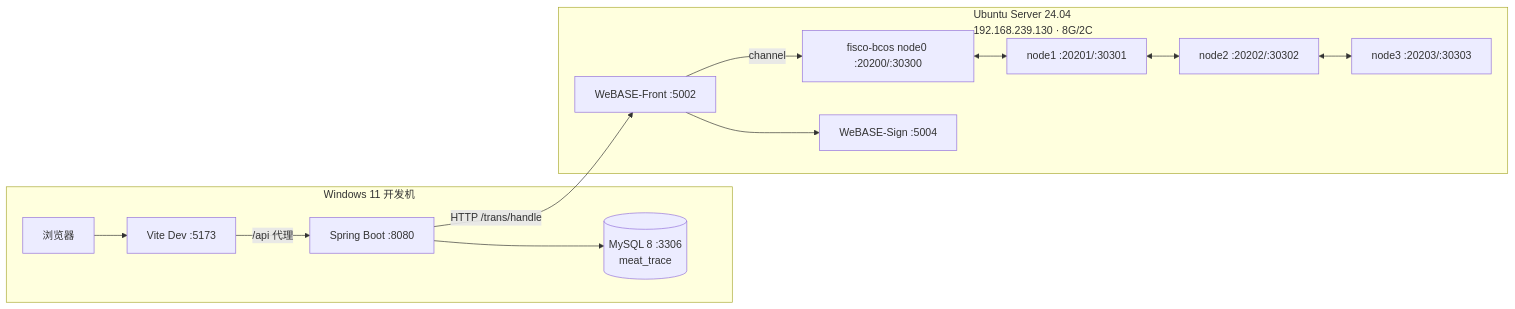
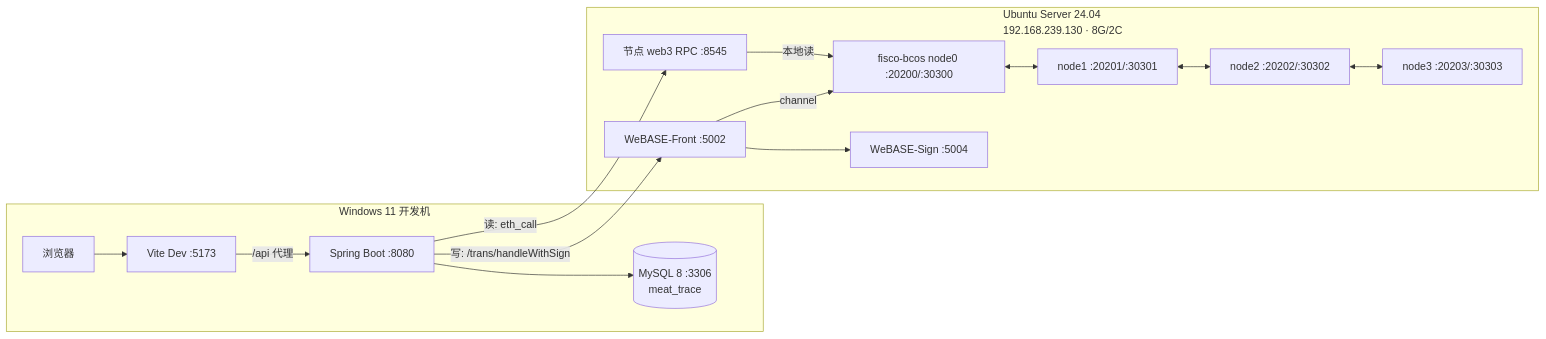
Before and after one commit to mayinjiang6-create/canteen-meat-traceability: the second of 3 diagrams in docs/tech/01-架构总览.md, drawn with Mermaid. The commit also changed other lines of this file and 37 other files, not shown here.

````diff
--- a/docs/tech/01-架构总览.md
+++ b/docs/tech/01-架构总览.md
@@ -127,28 +128,31 @@
 ```mermaid
 flowchart LR
     subgraph HOST[Windows 11 开发机]
         B1[浏览器]
         B2[Spring Boot :8080]
         B3[Vite Dev :5173]
         B4[(MySQL 8 :3306<br/>meat_trace)]
     end
 
     subgraph VM[Ubuntu Server 24.04<br/>192.168.239.130 · 8G/2C]
         N1[fisco-bcos node0 :20200/:30300]
         N2[node1 :20201/:30301]
         N3[node2 :20202/:30302]
         N4[node3 :20203/:30303]
         WF[WeBASE-Front :5002]
         WS[WeBASE-Sign :5004]
+        WR[节点 web3 RPC :8545]
     end
 
     B1 --> B3
     B3 -->|/api 代理| B2
     B2 --> B4
-    B2 -->|HTTP /trans/handle| WF
+    B2 -->|写: /trans/handleWithSign| WF
+    B2 -->|读: eth_call| WR
     WF --> WS
     WF -->|channel| N1
+    WR -->|本地读| N1
     N1 <--> N2
     N2 <--> N3
     N3 <--> N4
 ```
````
